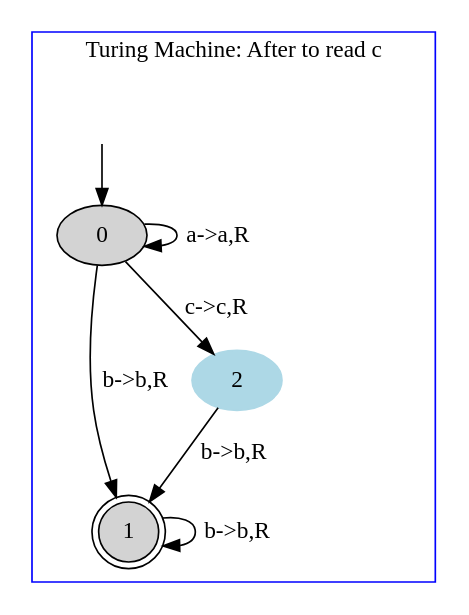
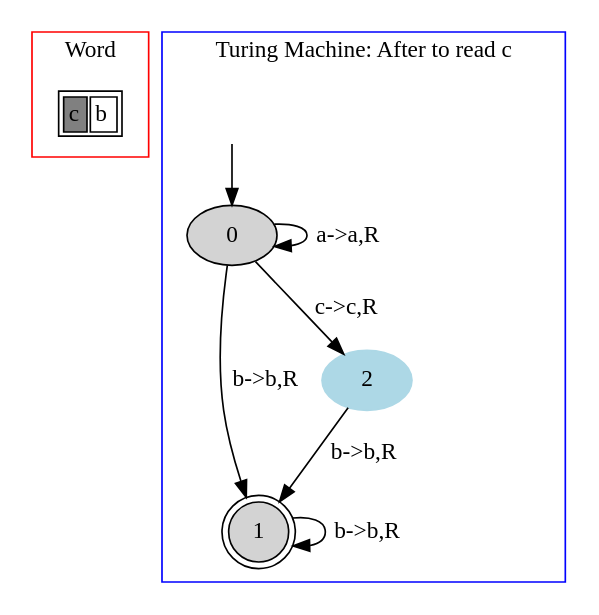
The diagram in TM/images/file2.dot (danielScLima/turing_machine), drawn with Graphviz before and after one commit. The commit also changed 7 other files, not shown here.

```diff
--- a/TM/images/file2.dot
+++ b/TM/images/file2.dot
@@ -1,17 +1,29 @@
 digraph G {
+	subgraph cluster_0 {
+		node [shape=plaintext];
+
+struct1 [label=<<TABLE>
+<TR>
+<TD BGCOLOR="gray"><FONT>c</FONT></TD>
+<TD><FONT>b</FONT></TD>
+</TR>
+</TABLE>>];
+label = "Word";
+color=red;
+}
 	subgraph cluster_1 {
 		node [style=filled];
 		label = "Turing Machine: After to read c"
 		color=blue;
 
 		0;
 		1 [shape="doublecircle"];
 		2 [color="lightblue"];
 		0->0[label="a->a,R"];
 		0->1[label="b->b,R"];
 		0->2[label="c->c,R"];
 		1->1[label="b->b,R"];
 		2->1[label="b->b,R"];
 x [color=white, label=""];		x->0	}
 
 }
```
